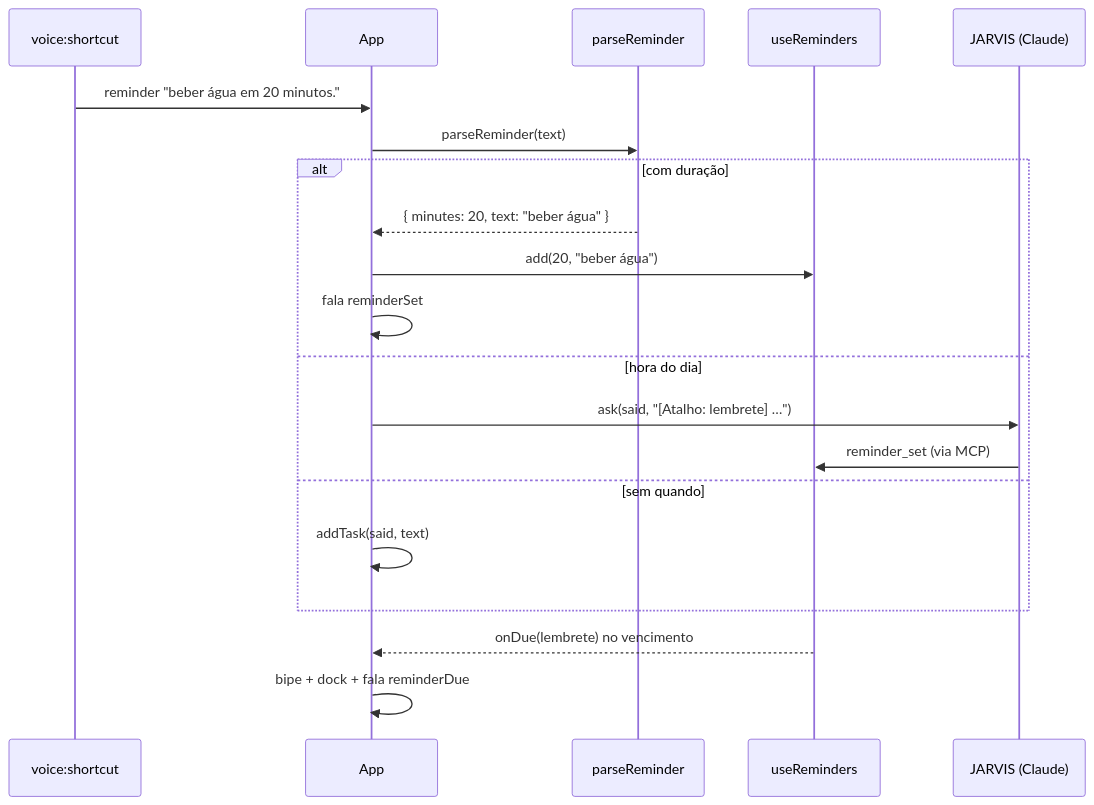
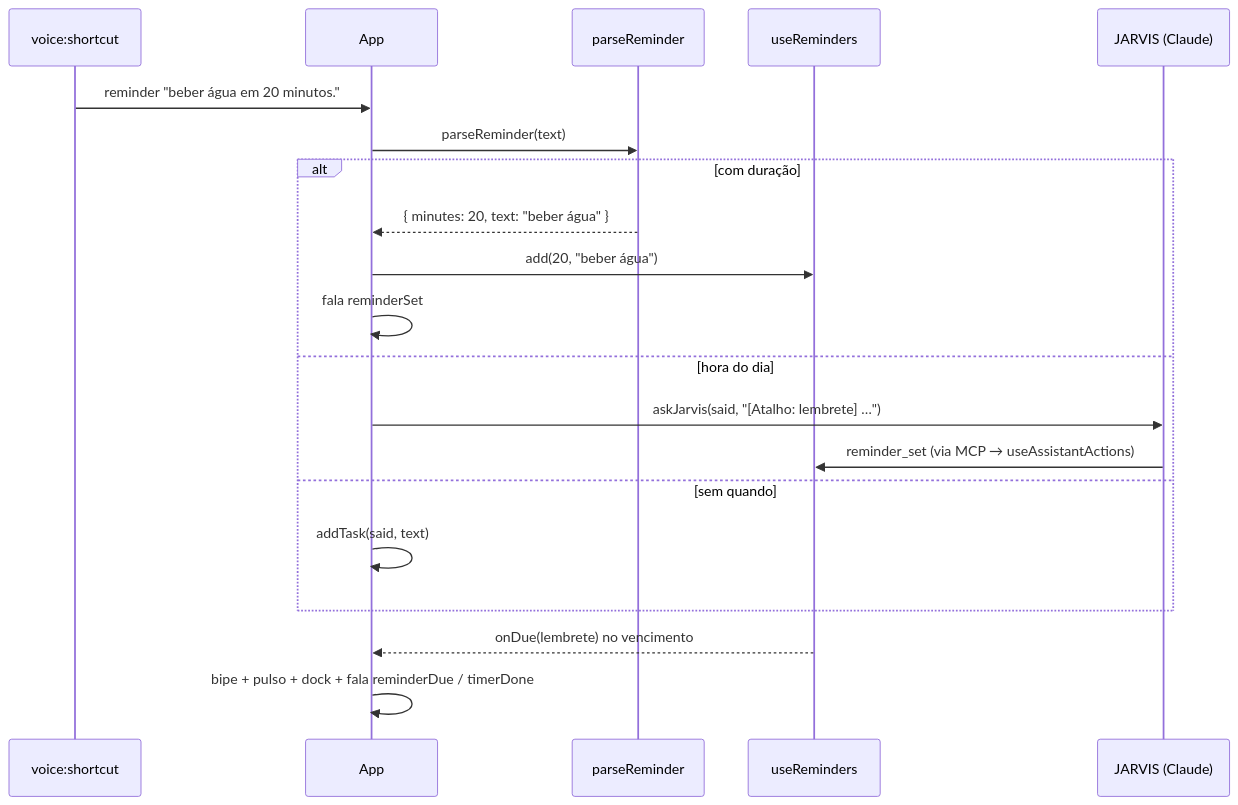
Before and after one commit to felipeAguiarCode/jvOS: the diagram in .specs/features/reminders/spec.md, drawn with Mermaid. The commit also changed other lines of this file and 90 other files, not shown here.

````diff
--- a/.specs/features/reminders/spec.md
+++ b/.specs/features/reminders/spec.md
@@ -177,22 +273,22 @@
 ```mermaid
 sequenceDiagram
   participant V as voice:shortcut
   participant A as App
   participant P as parseReminder
   participant R as useReminders
   participant J as JARVIS (Claude)
   V->>A: reminder "beber água em 20 minutos."
   A->>P: parseReminder(text)
   alt com duração
     P-->>A: { minutes: 20, text: "beber água" }
     A->>R: add(20, "beber água")
     A->>A: fala reminderSet
   else hora do dia
-    A->>J: ask(said, "[Atalho: lembrete] …")
-    J->>R: reminder_set (via MCP)
+    A->>J: askJarvis(said, "[Atalho: lembrete] …")
+    J->>R: reminder_set (via MCP → useAssistantActions)
   else sem quando
     A->>A: addTask(said, text)
   end
   R-->>A: onDue(lembrete) no vencimento
-  A->>A: bipe + dock + fala reminderDue
+  A->>A: bipe + pulso + dock + fala reminderDue / timerDone
 ```
````
